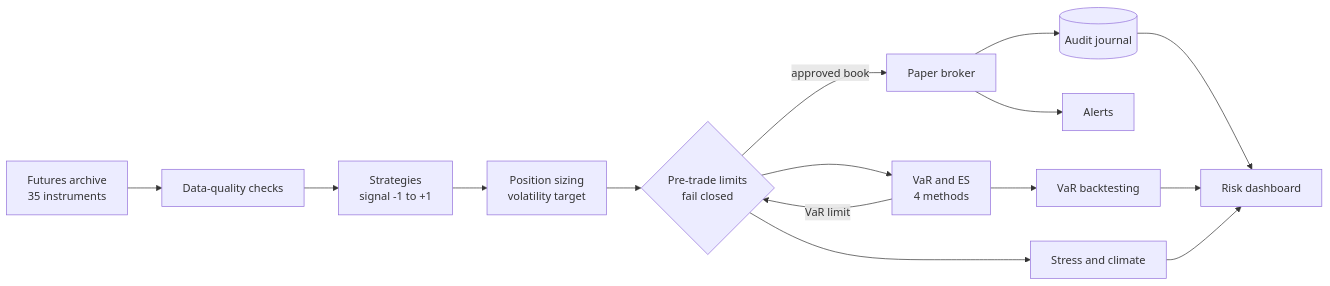
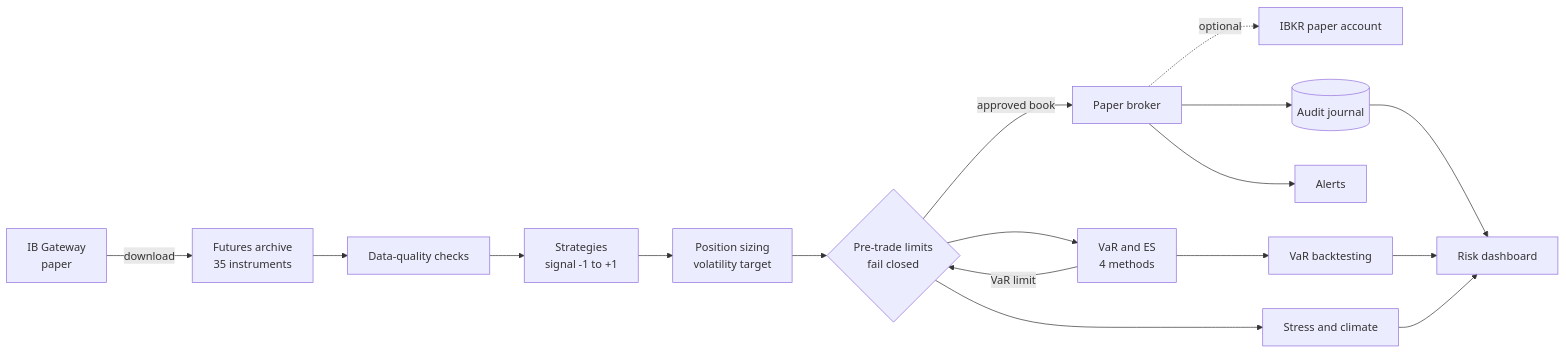
One commit to Claerys/quant-risk-strategies changed the diagram in README.md. Above: the diagram before and after it, drawn with Mermaid. The commit also changed other lines of this file and 11 other files, not shown here.

Commit message:
Add IBKR download script, paper-only broker and setup docs

````diff
--- a/README.md
+++ b/README.md
@@ -75,17 +75,19 @@
 ```mermaid
 flowchart LR
-    A[Futures archive<br/>35 instruments] --> B[Data-quality checks]
+    IB[IB Gateway<br/>paper] -->|download| A[Futures archive<br/>35 instruments]
+    A --> B[Data-quality checks]
     B --> C[Strategies<br/>signal -1 to +1]
     C --> D[Position sizing<br/>volatility target]
     D --> E{Pre-trade limits<br/>fail closed}
     E -->|approved book| F[Paper broker]
     E --> G[VaR and ES<br/>4 methods]
     G -->|VaR limit| E
+    F -.->|optional| P[IBKR paper account]
     F --> H[(Audit journal)]
     F --> I[Alerts]
     G --> J[VaR backtesting]
     E --> K[Stress and climate]
     H --> L[Risk dashboard]
     J --> L
     K --> L
 ```
````
